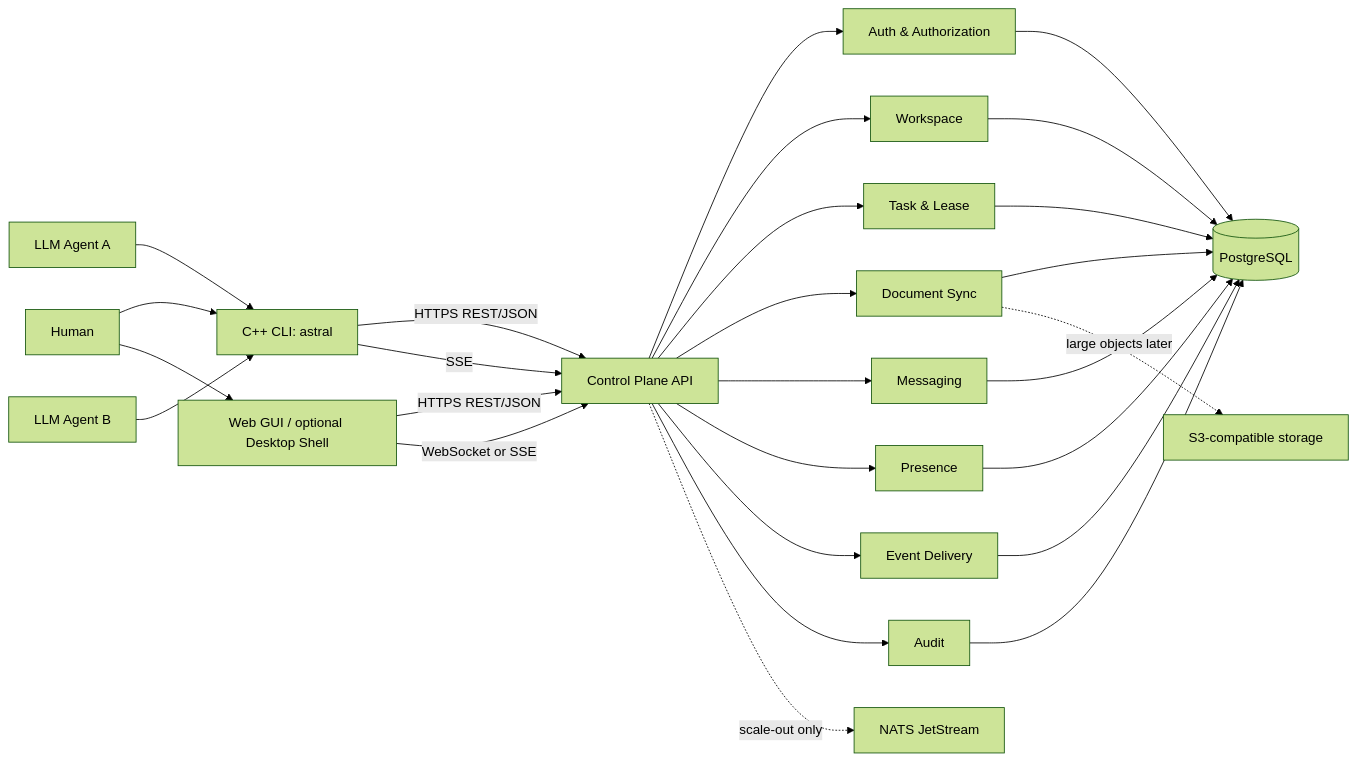
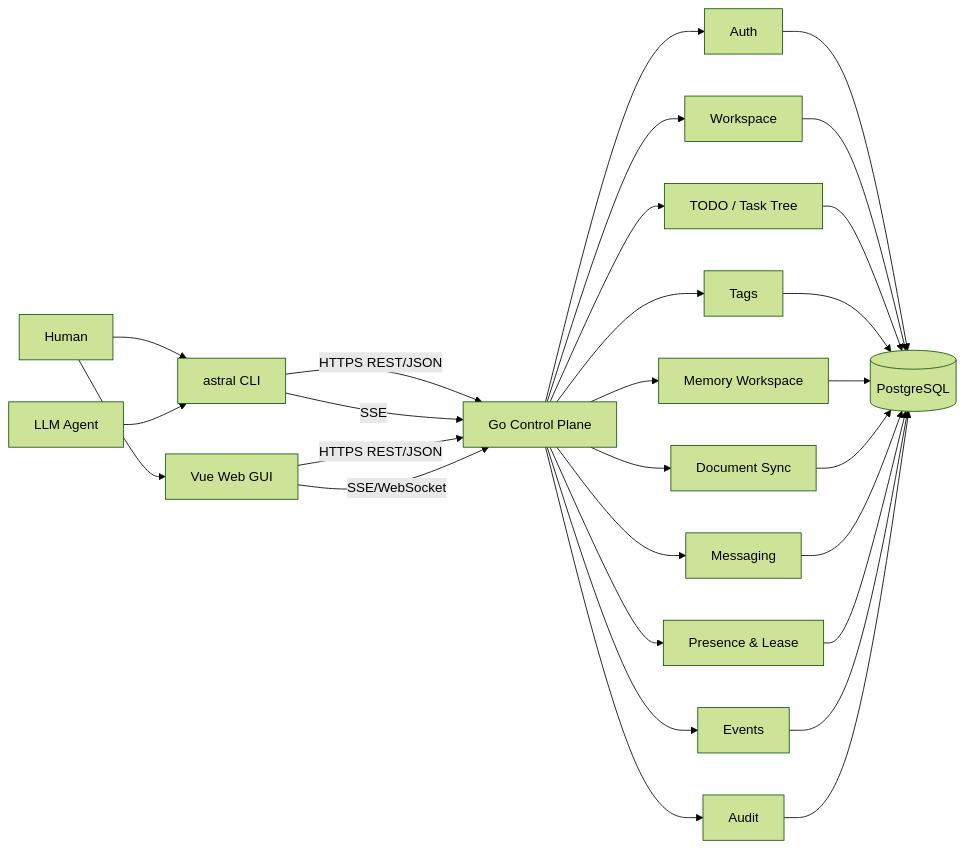
One commit to The-Astral-Express-Family/astral-modulator changed the diagram in docs/architecture.md. Above: the diagram before and after it, drawn with Mermaid (forest theme). The commit also changed other lines of this file and 1 other file, not shown here.

Commit message:
docs: update architecture

````diff
--- a/docs/architecture.md
+++ b/docs/architecture.md
@@ -26,33 +52,33 @@
 ```mermaid
 flowchart LR
-    H[Human] --> CLI[C++ CLI: astral]
-    A1[LLM Agent A] --> CLI
-    A2[LLM Agent B] --> CLI
-    H --> GUI[Web GUI / optional Desktop Shell]
+    H[Human] --> CLI[astral CLI]
+    A[LLM Agent] --> CLI
+    H --> WEB[Vue Web GUI]
 
-    CLI -->|HTTPS REST/JSON| API[Control Plane API]
+    CLI -->|HTTPS REST/JSON| API[Go Control Plane]
     CLI -->|SSE| API
-    GUI -->|HTTPS REST/JSON| API
-    GUI -->|WebSocket or SSE| API
+    WEB -->|HTTPS REST/JSON| API
+    WEB -->|SSE/WebSocket| API
 
-    API --> AUTH[Auth & Authorization]
-    API --> WORK[Workspace]
-    API --> TASK[Task & Lease]
+    API --> AUTH[Auth]
+    API --> WS[Workspace]
+    API --> TODO[TODO / Task Tree]
+    API --> TAG[Tags]
+    API --> MEM[Memory Workspace]
     API --> DOC[Document Sync]
     API --> MSG[Messaging]
-    API --> PRES[Presence]
-    API --> EVT[Event Delivery]
+    API --> PRES[Presence & Lease]
+    API --> EVT[Events]
     API --> AUDIT[Audit]
 
     AUTH --> PG[(PostgreSQL)]
-    WORK --> PG
-    TASK --> PG
+    WS --> PG
+    TODO --> PG
+    TAG --> PG
+    MEM --> PG
     DOC --> PG
     MSG --> PG
     PRES --> PG
     EVT --> PG
     AUDIT --> PG
-
-    API -. scale-out only .-> BUS[NATS JetStream]
-    DOC -. large objects later .-> OBJ[S3-compatible storage]
 ```
````
